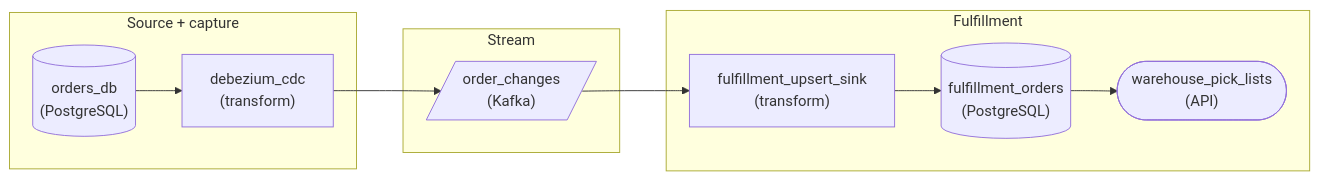
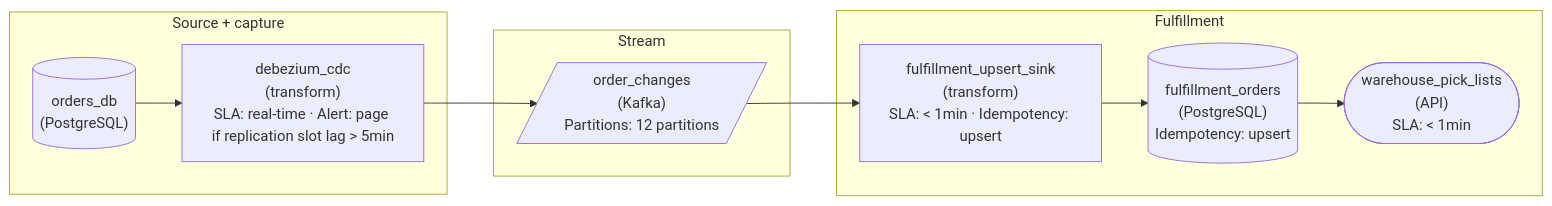
Before and after one commit to Dulain-Willis/study-helper: the first of 2 diagrams in lesson_preview/interview/architecture/pa_pattern_cdc_dual_writes.md, drawn with Mermaid. The commit also changed other lines of this file and 26 other files, not shown here.

First line of the commit message:
Mermaid diagrams: show tags and extra values inside each node (#43)

````diff
--- a/lesson_preview/interview/architecture/pa_pattern_cdc_dual_writes.md
+++ b/lesson_preview/interview/architecture/pa_pattern_cdc_dual_writes.md
@@ -558,20 +558,20 @@
 ```mermaid
 flowchart LR
     subgraph L0["Source + capture"]
         n0[("orders_db<br/>(PostgreSQL)")]
-        n1["debezium_cdc<br/>(transform)"]
+        n1["debezium_cdc<br/>(transform)<br/>SLA: real-time · Alert: page if replication slot lag #62; 5min"]
     end
     subgraph L1["Stream"]
-        n2[/"order_changes<br/>(Kafka)"/]
+        n2[/"order_changes<br/>(Kafka)<br/>Partitions: 12 partitions"/]
     end
     subgraph L2["Fulfillment"]
-        n3["fulfillment_upsert_sink<br/>(transform)"]
-        n4[("fulfillment_orders<br/>(PostgreSQL)")]
-        n5(["warehouse_pick_lists<br/>(API)"])
+        n3["fulfillment_upsert_sink<br/>(transform)<br/>SLA: #60; 1min · Idempotency: upsert"]
+        n4[("fulfillment_orders<br/>(PostgreSQL)<br/>Idempotency: upsert")]
+        n5(["warehouse_pick_lists<br/>(API)<br/>SLA: #60; 1min"])
     end
     n0 --> n1
     n1 --> n2
     n2 --> n3
     n3 --> n4
     n4 --> n5
 ```
````
